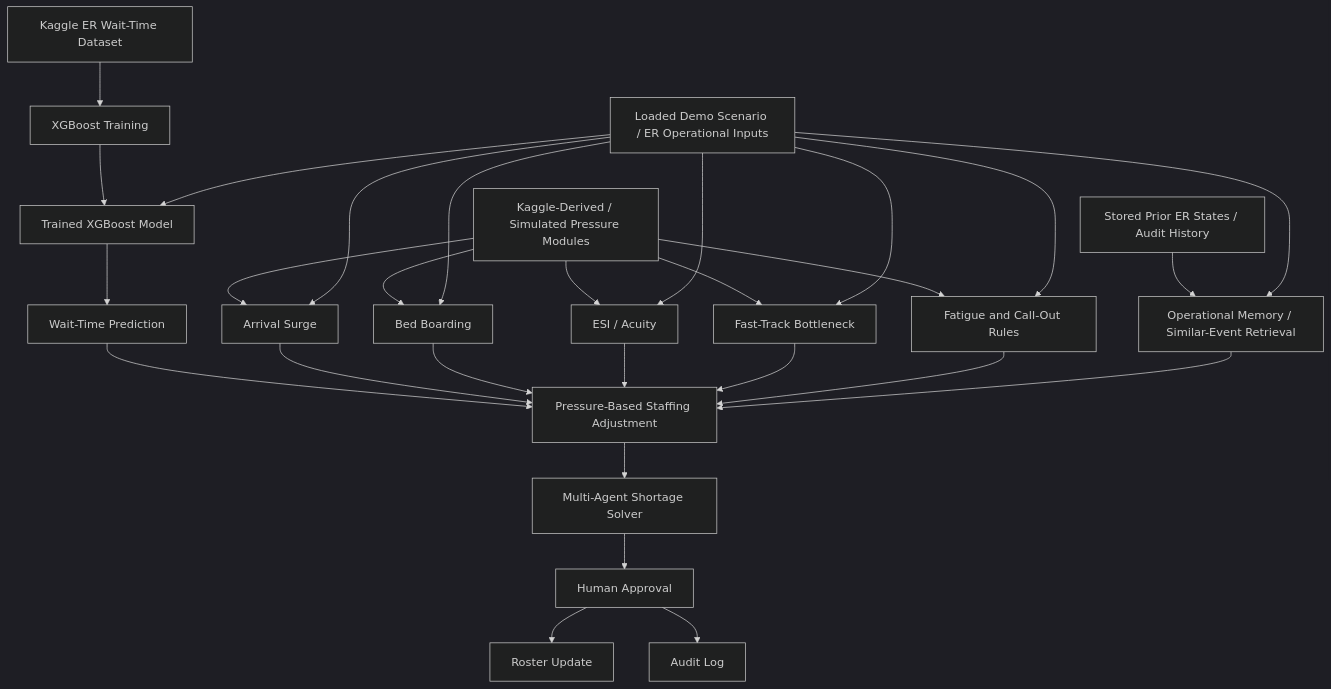
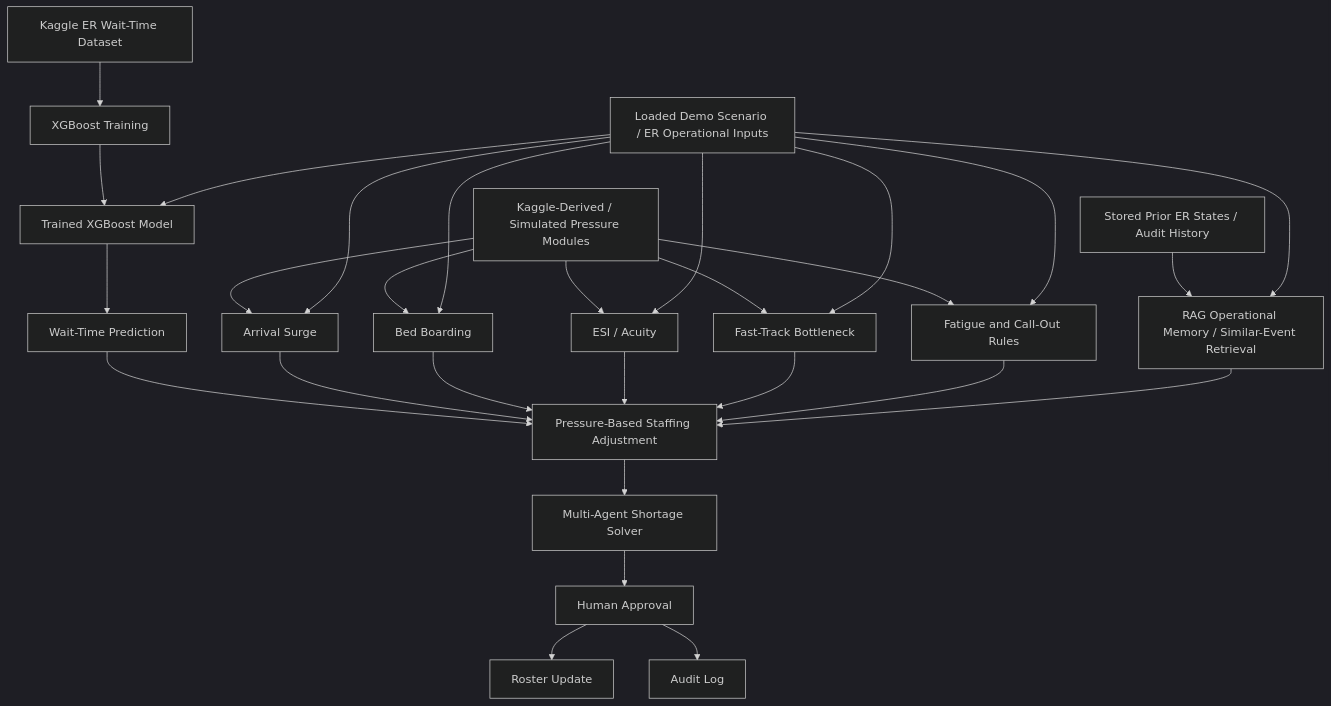
One commit to draculess99/SafeStaff-LIinkedIn-DEMO changed the second of 2 diagrams in README.md. Above: the diagram before and after it, drawn with Mermaid (dark theme). The commit also changed other lines of this file, not shown here.

````diff
--- a/README.md
+++ b/README.md
@@ -253,36 +253,36 @@
 ```mermaid
 flowchart TD
     A[Kaggle ER Wait-Time Dataset] --> B[XGBoost Training]
     B --> C[Trained XGBoost Model]
 
     S[Loaded Demo Scenario / ER Operational Inputs] --> C
     C --> P[Wait-Time Prediction]
 
     D[Kaggle-Derived / Simulated Pressure Modules] --> D1[Arrival Surge]
     D --> D2[Bed Boarding]
     D --> D3[ESI / Acuity]
     D --> D4[Fast-Track Bottleneck]
     D --> D5[Fatigue and Call-Out Rules]
 
     S --> D1
     S --> D2
     S --> D3
     S --> D4
     S --> D5
 
-    R[Stored Prior ER States / Audit History] --> M[Operational Memory / Similar-Event Retrieval]
+    R[Stored Prior ER States / Audit History] --> M[RAG Operational Memory / Similar-Event Retrieval]
     S --> M
 
     P --> E[Pressure-Based Staffing Adjustment]
     D1 --> E
     D2 --> E
     D3 --> E
     D4 --> E
     D5 --> E
     M --> E
 
     E --> F[Multi-Agent Shortage Solver]
     F --> G[Human Approval]
     G --> H[Roster Update]
     G --> I[Audit Log]
 ```
````
